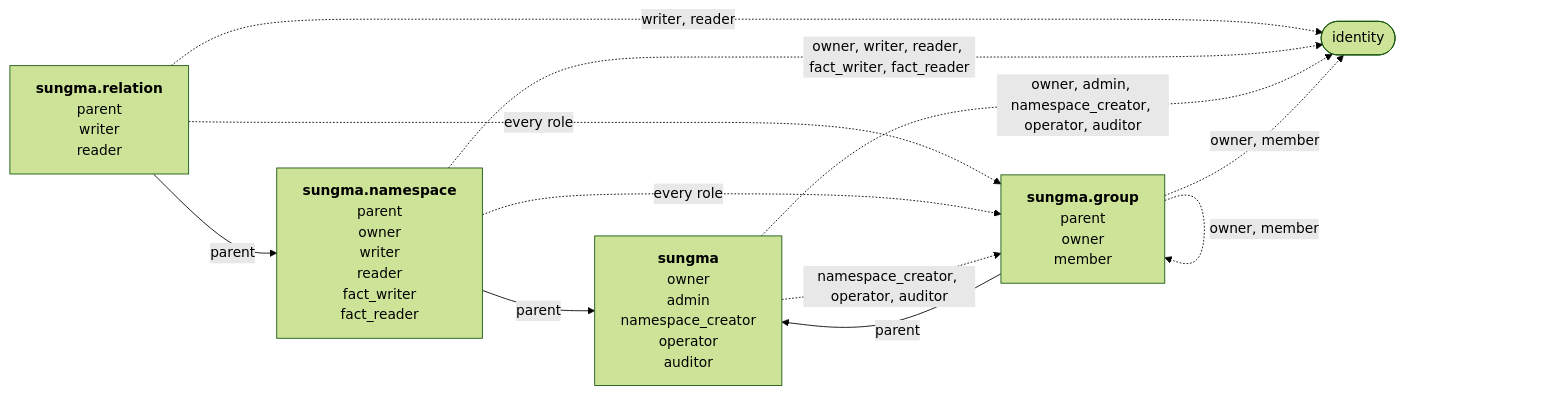
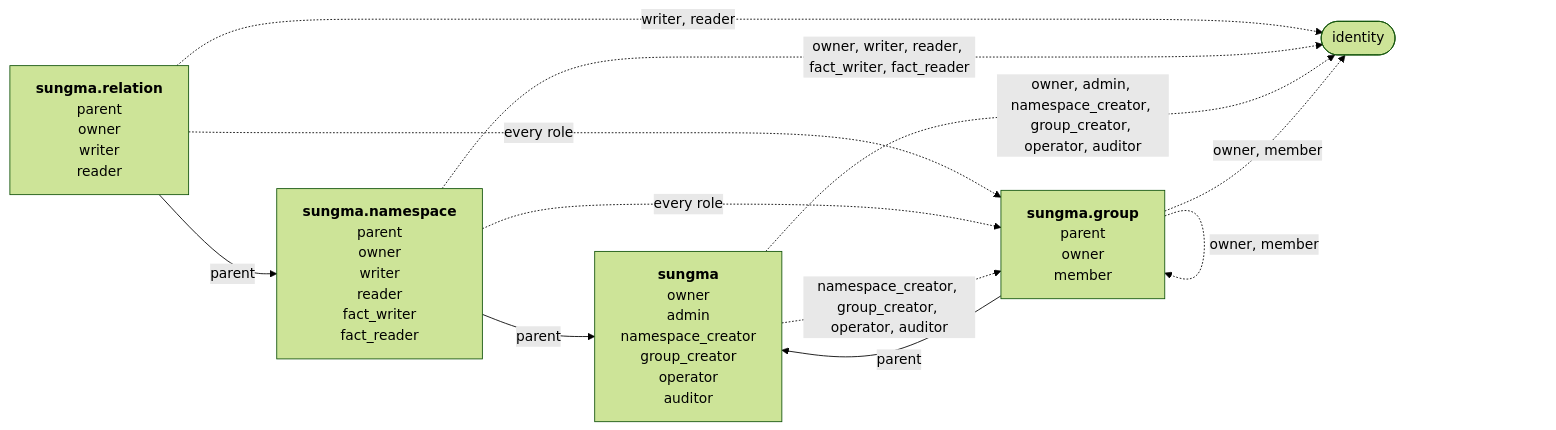
One commit to marklauter/Sungma changed the diagram in docs/specs/sungma-authorization.md. Above: the diagram before and after it, drawn with Mermaid (forest theme). The commit also changed other lines of this file and 1 other file, not shown here.

Commit message:
Enforce Sungma's own authorization through the model with written_by

````diff
--- a/docs/specs/sungma-authorization.md
+++ b/docs/specs/sungma-authorization.md
@@ -72,19 +76,19 @@
 ```mermaid
 flowchart LR
-  relation["<b>sungma.relation</b><br/>parent<br/>writer<br/>reader"]
+  relation["<b>sungma.relation</b><br/>parent<br/>owner<br/>writer<br/>reader"]
   namespace["<b>sungma.namespace</b><br/>parent<br/>owner<br/>writer<br/>reader<br/>fact_writer<br/>fact_reader"]
-  sungma["<b>sungma</b><br/>owner<br/>admin<br/>namespace_creator<br/>operator<br/>auditor"]
+  sungma["<b>sungma</b><br/>owner<br/>admin<br/>namespace_creator<br/>group_creator<br/>operator<br/>auditor"]
   group["<b>sungma.group</b><br/>parent<br/>owner<br/>member"]
   identity(["identity"])
   relation -- parent --> namespace
   namespace -- parent --> sungma
   group -- parent --> sungma
   relation -. "writer, reader" .-> identity
   namespace -. "owner, writer, reader, fact_writer, fact_reader" .-> identity
-  sungma -. "owner, admin, namespace_creator, operator, auditor" .-> identity
+  sungma -. "owner, admin, namespace_creator, group_creator, operator, auditor" .-> identity
   group -. "owner, member" .-> identity
   relation -. "every role" .-> group
   namespace -. "every role" .-> group
-  sungma -. "namespace_creator, operator, auditor" .-> group
+  sungma -. "namespace_creator, group_creator, operator, auditor" .-> group
   group -. "owner, member" .-> group
 ```
````
